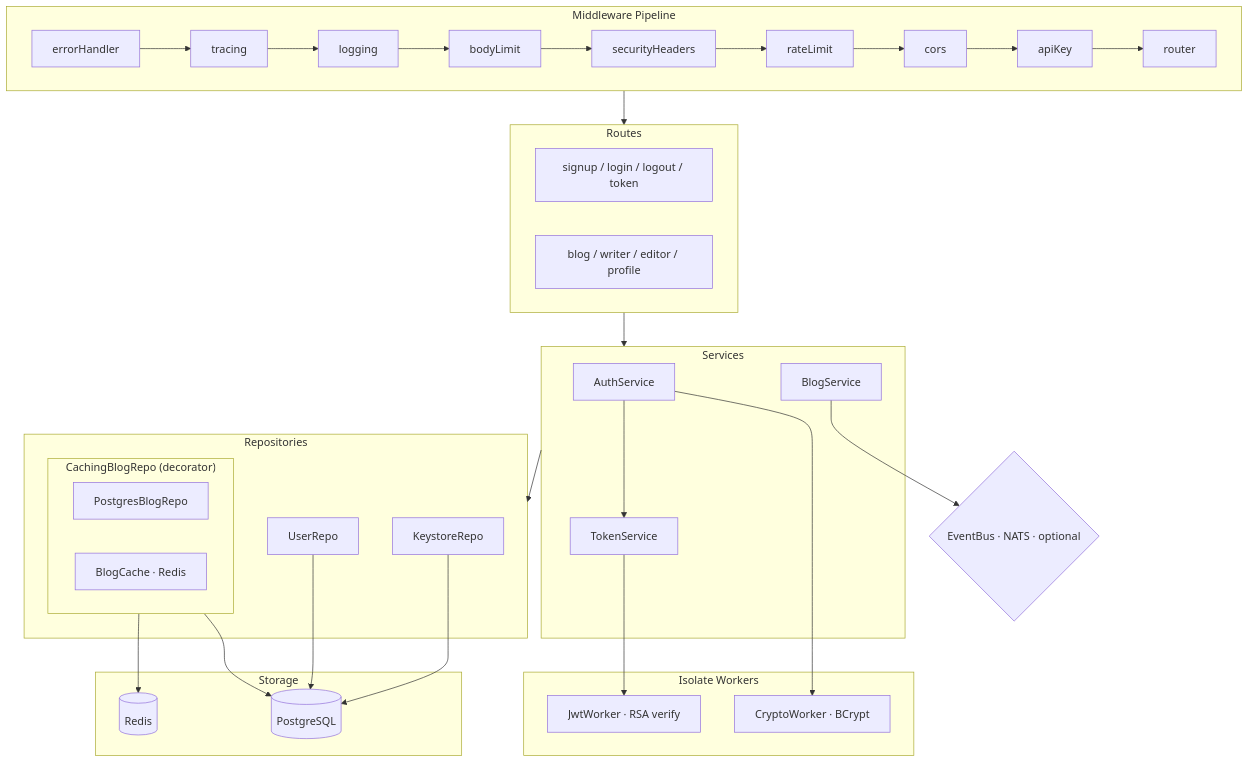
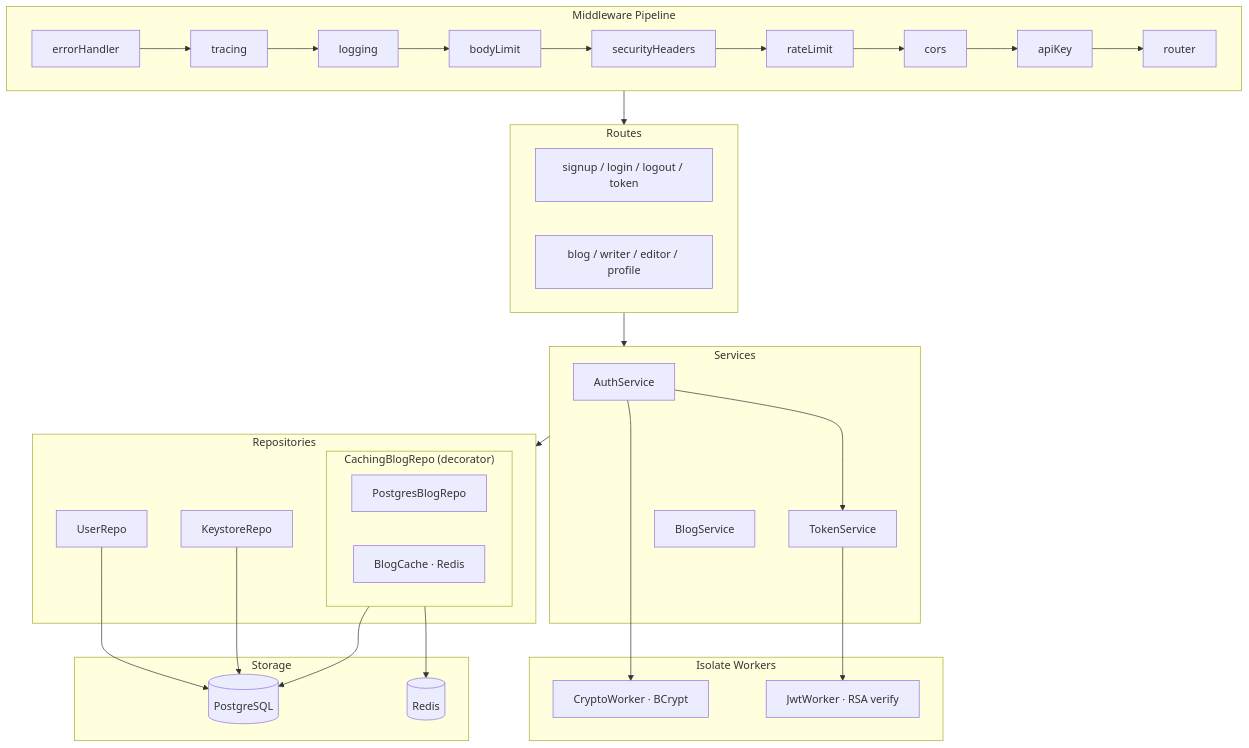
Before and after one commit to donfreddy/dart-backend-architecture: the diagram in README.md, drawn with Mermaid. The commit also changed other lines of this file and 15 other files, not shown here.

First line of the commit message:
8.13/8.14: Remove NATS infrastructure, keep EventBus abstraction

````diff
--- a/README.md
+++ b/README.md
@@ -49,53 +49,50 @@
 ```mermaid
 graph TD
     subgraph MW["Middleware Pipeline"]
         direction LR
         A[errorHandler] --> B[tracing] --> C[logging]
         C --> D[bodyLimit] --> E[securityHeaders]
         E --> F[rateLimit] --> G[cors] --> H[apiKey] --> I[router]
     end
 
     subgraph Routes["Routes"]
         R1[signup / login / logout / token]
         R2[blog / writer / editor / profile]
     end
 
     subgraph Services["Services"]
         S1[AuthService]
         S2[TokenService]
         S3[BlogService]
     end
 
     subgraph Workers["Isolate Workers"]
         W1[CryptoWorker · BCrypt]
         W2[JwtWorker · RSA verify]
     end
 
     subgraph Repos["Repositories"]
         subgraph CACHE["CachingBlogRepo (decorator)"]
             BR[PostgresBlogRepo]
             BC[BlogCache · Redis]
         end
         UR[UserRepo]
         KR[KeystoreRepo]
     end
 
     subgraph Storage["Storage"]
         PG[(PostgreSQL)]
         RD[(Redis)]
     end
 
-    EB{EventBus · NATS · optional}
-
     MW --> Routes
     Routes --> Services
     S1 --> W1
     S1 --> S2
     S2 --> W2
-    S3 --> EB
     Services --> Repos
     UR --> PG
     KR --> PG
     CACHE --> PG
     CACHE --> RD
 ```
````
